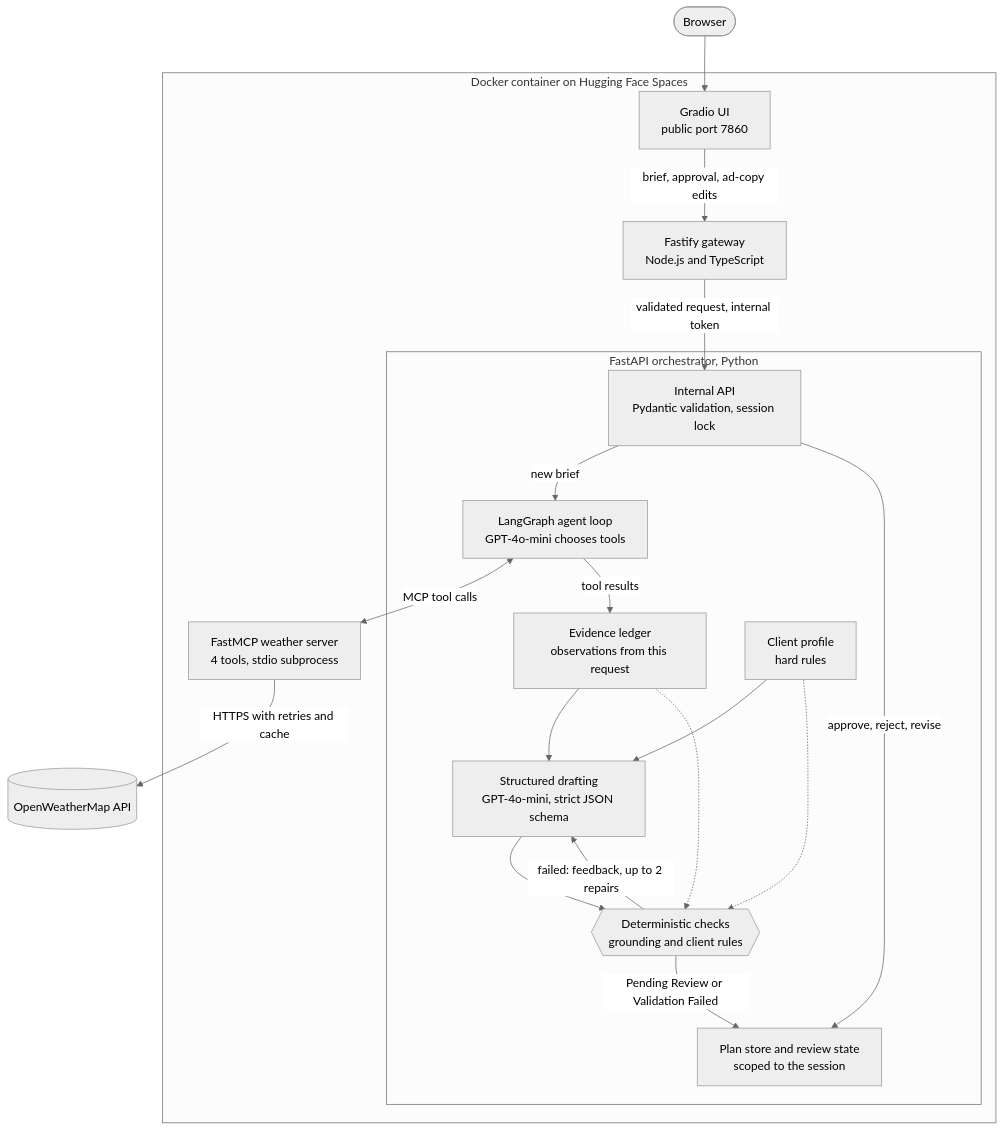
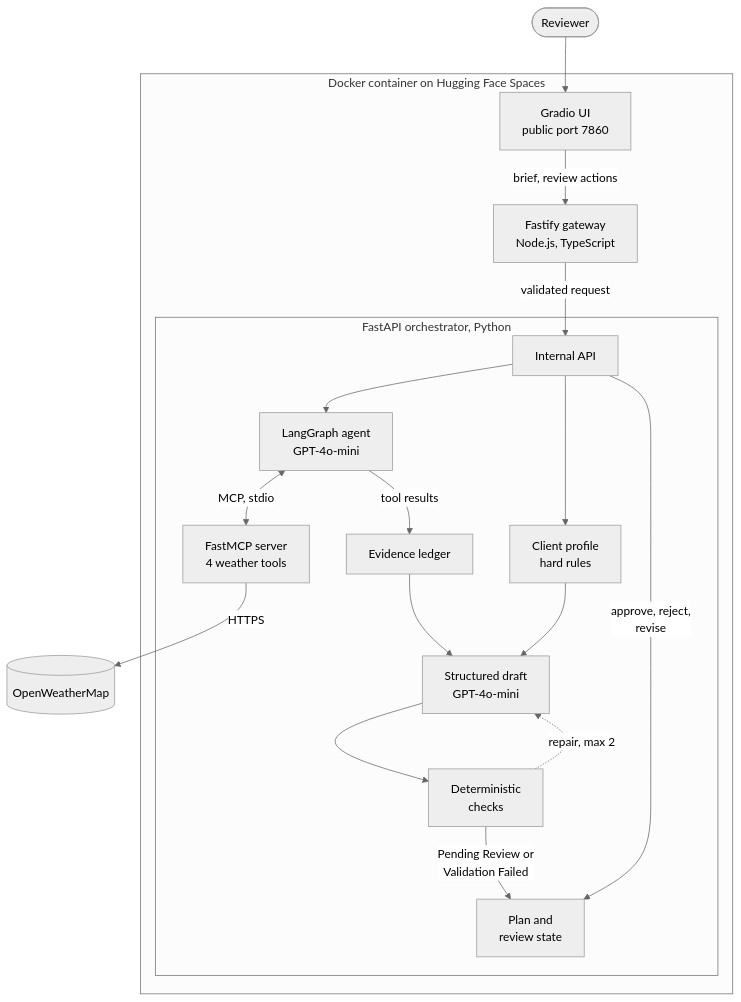
One commit to AbhinavVarma02/ClearCast---Full-Stack-Agentic-AI-App-for-Weather-Driven-Marketing changed the diagram in README.md. Above: the diagram before and after it, drawn with Mermaid (neutral theme).

Commit message:
Lay out README architecture diagram for GitHub's renderer
GitHub renders Mermaid with the ELK layout engine, which stretched the
diagram to about 2,500 px and drew the repair loop out of order. Pin the
diagram to the dagre layout and shorten labels so it reads top to bottom
at roughly half the height.

````diff
--- a/README.md
+++ b/README.md
@@ -69,39 +69,41 @@
 ```mermaid
+---
+config:
+  layout: dagre
+---
 flowchart TB
-    browser(["Browser"])
+    reviewer(["Reviewer"])
 
-    subgraph space["Docker container on Hugging Face Spaces"]
+    subgraph container["Docker container on Hugging Face Spaces"]
         ui["Gradio UI<br/>public port 7860"]
-        gateway["Fastify gateway<br/>Node.js and TypeScript"]
+        gateway["Fastify gateway<br/>Node.js, TypeScript"]
 
         subgraph orchestrator["FastAPI orchestrator, Python"]
-            api["Internal API<br/>Pydantic validation, session lock"]
-            agent["LangGraph agent loop<br/>GPT-4o-mini chooses tools"]
-            ledger["Evidence ledger<br/>observations from this request"]
+            api["Internal API"]
+            agent["LangGraph agent<br/>GPT-4o-mini"]
+            mcp["FastMCP server<br/>4 weather tools"]
             profile["Client profile<br/>hard rules"]
-            drafting["Structured drafting<br/>GPT-4o-mini, strict JSON schema"]
-            checks{{"Deterministic checks<br/>grounding and client rules"}}
-            store["Plan store and review state<br/>scoped to the session"]
+            ledger["Evidence ledger"]
+            drafting["Structured draft<br/>GPT-4o-mini"]
+            checks["Deterministic<br/>checks"]
+            store["Plan and<br/>review state"]
         end
-
-        mcp["FastMCP weather server<br/>4 tools, stdio subprocess"]
     end
 
-    owm[("OpenWeatherMap API")]
+    owm[("OpenWeatherMap")]
 
-    browser --> ui
-    ui -- "brief, approval, ad-copy edits" --> gateway
-    gateway -- "validated request, internal token" --> api
-    api -- "new brief" --> agent
-    agent <-- "MCP tool calls" --> mcp
-    mcp -- "HTTPS with retries and cache" --> owm
+    reviewer --> ui
+    ui -- "brief, review actions" --> gateway
+    gateway -- "validated request" --> api
+    api --> agent
+    agent <-- "MCP, stdio" --> mcp
+    mcp -- "HTTPS" --> owm
     agent -- "tool results" --> ledger
+    api --> profile
     ledger --> drafting
     profile --> drafting
     drafting --> checks
-    ledger -.-> checks
-    profile -.-> checks
-    checks -- "failed: feedback, up to 2 repairs" --> drafting
-    checks -- "Pending Review or Validation Failed" --> store
-    api -- "approve, reject, revise" --> store
+    checks -- "Pending Review or<br/>Validation Failed" --> store
+    api -- "approve, reject,<br/>revise" --> store
+    checks -. "repair, max 2" .-> drafting
 ```
````
